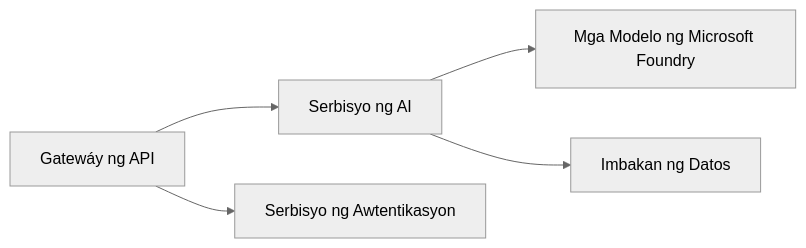
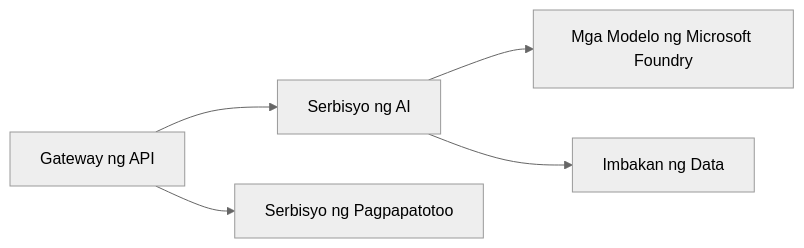
The first of 2 diagrams in translations/tl/docs/chapter-08-production/README.md (microsoft/AZD-for-beginners), drawn with Mermaid (neutral theme) before and after one commit. The commit also changed other lines of this file and 101 other files, not shown here.

````diff
--- a/translations/tl/docs/chapter-08-production/README.md
+++ b/translations/tl/docs/chapter-08-production/README.md
@@ -46,6 +48,6 @@
 ```mermaid
 graph LR
-    Gateway[Gatewáy ng API] --> AI[Serbisyo ng AI] --> Models[Mga Modelo ng Microsoft Foundry]
-    Gateway --> Auth[Serbisyo ng Awtentikasyon]
-    AI --> Data[Imbakan ng Datos]
+    Gateway[Gateway ng API] --> AI[Serbisyo ng AI] --> Models[Mga Modelo ng Microsoft Foundry]
+    Gateway --> Auth[Serbisyo ng Pagpapatotoo]
+    AI --> Data[Imbakan ng Data]
 ```
````
